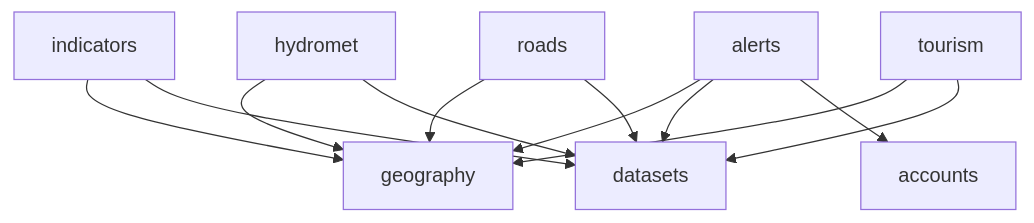
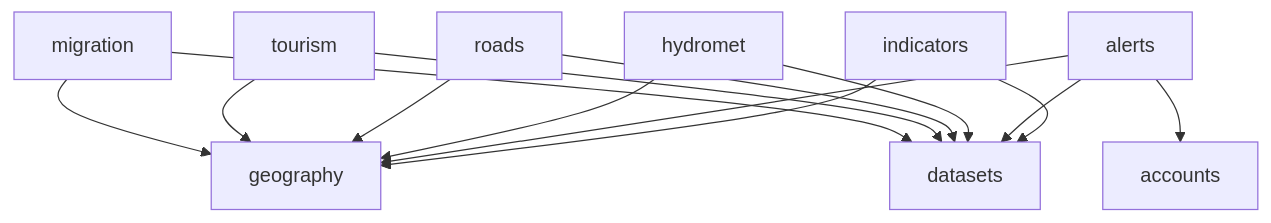
One commit to Prat05devs/pahadpulse changed the first of 4 diagrams in project/overview.md. Above: the diagram before and after it, drawn with Mermaid. The commit also changed other lines of this file and 2 other files, not shown here.

````diff
--- a/project/overview.md
+++ b/project/overview.md
@@ -80,23 +81,26 @@
 ```mermaid
 flowchart TD
   geography[geography]
   datasets[datasets]
   accounts[accounts]
   indicators[indicators]
   alerts[alerts]
   hydromet[hydromet]
   roads[roads]
   tourism[tourism]
+  migration[migration]
 
   indicators --> geography
   indicators --> datasets
   alerts --> geography
   alerts --> datasets
   alerts --> accounts
   hydromet --> geography
   hydromet --> datasets
   roads --> geography
   roads --> datasets
   tourism --> geography
   tourism --> datasets
+  migration --> geography
+  migration --> datasets
 ```
````
